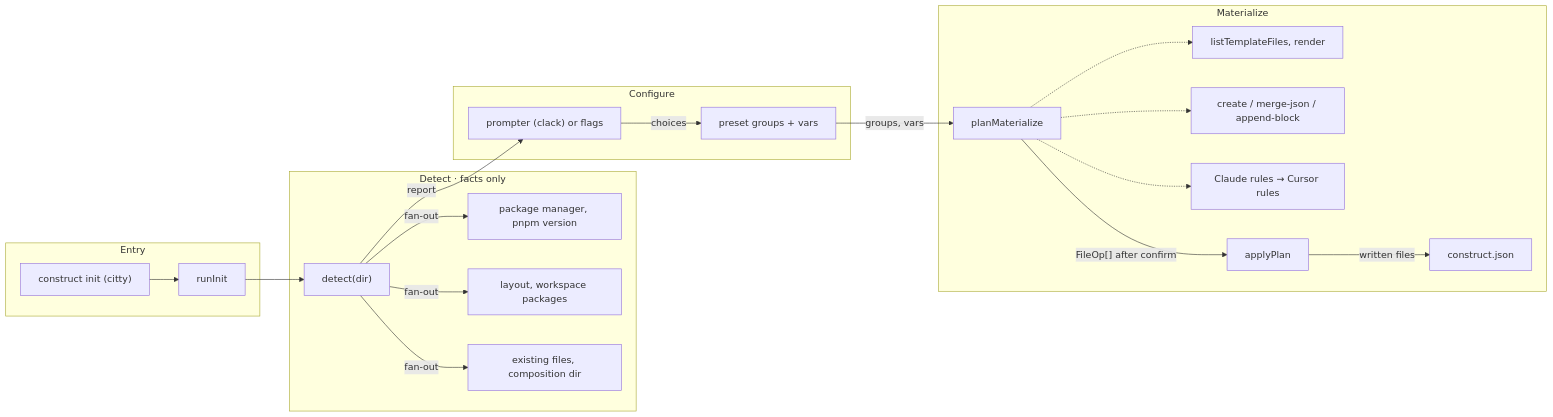
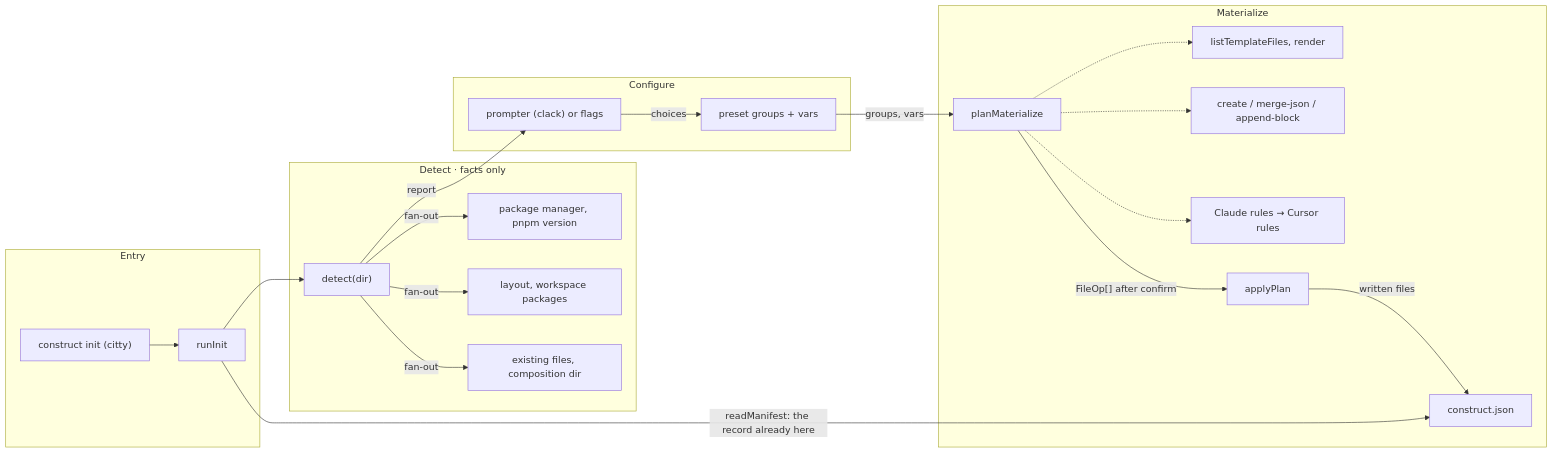
One commit to E1i/mikoshi-construct changed the diagram in architecture/init.md. Above: the diagram before and after it, drawn with Mermaid. The commit also changed 13 other files, not shown here.

````diff
--- a/architecture/init.md
+++ b/architecture/init.md
@@ -10,38 +10,39 @@
 ```mermaid
 flowchart LR
   subgraph b_entry["Entry"]
     cli["construct init (citty)"]
     run["runInit"]
   end
   subgraph b_detect["Detect · facts only"]
     detect["detect(dir)"]
     pm["package manager, pnpm version"]
     layout["layout, workspace packages"]
     existing["existing files, composition dir"]
   end
   subgraph b_configure["Configure"]
     prompts["prompter (clack) or flags"]
     preset["preset groups + vars"]
   end
   subgraph b_materialize["Materialize"]
     plan["planMaterialize"]
     templates["listTemplateFiles, render"]
     strategies["create / merge-json / append-block"]
     rules["Claude rules → Cursor rules"]
     apply["applyPlan"]
     manifest["construct.json"]
   end
   cli --> run
   run --> detect
   detect -->|"fan-out"| pm
   detect -->|"fan-out"| layout
   detect -->|"fan-out"| existing
   detect -->|"report"| prompts
   prompts -->|"choices"| preset
   preset -->|"groups, vars"| plan
   plan -.-> templates
   plan -.-> strategies
   plan -.-> rules
   plan -->|"FileOp[] after confirm"| apply
+  run -->|"readManifest: the record already here"| manifest
   apply -->|"written files"| manifest
 ```
````
